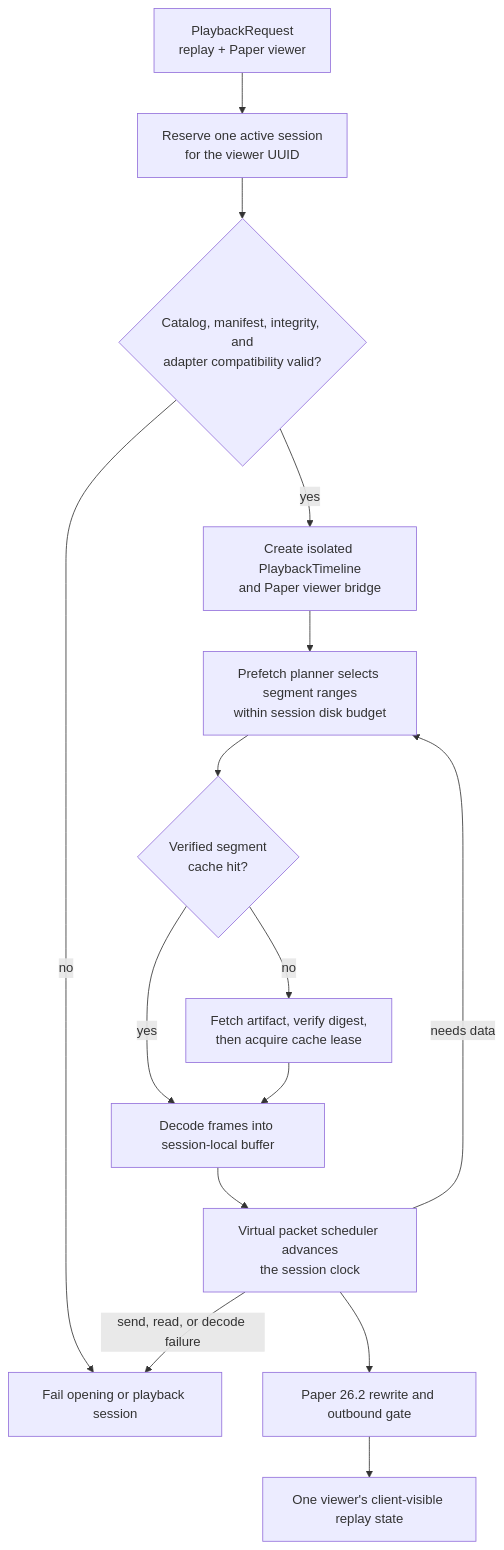
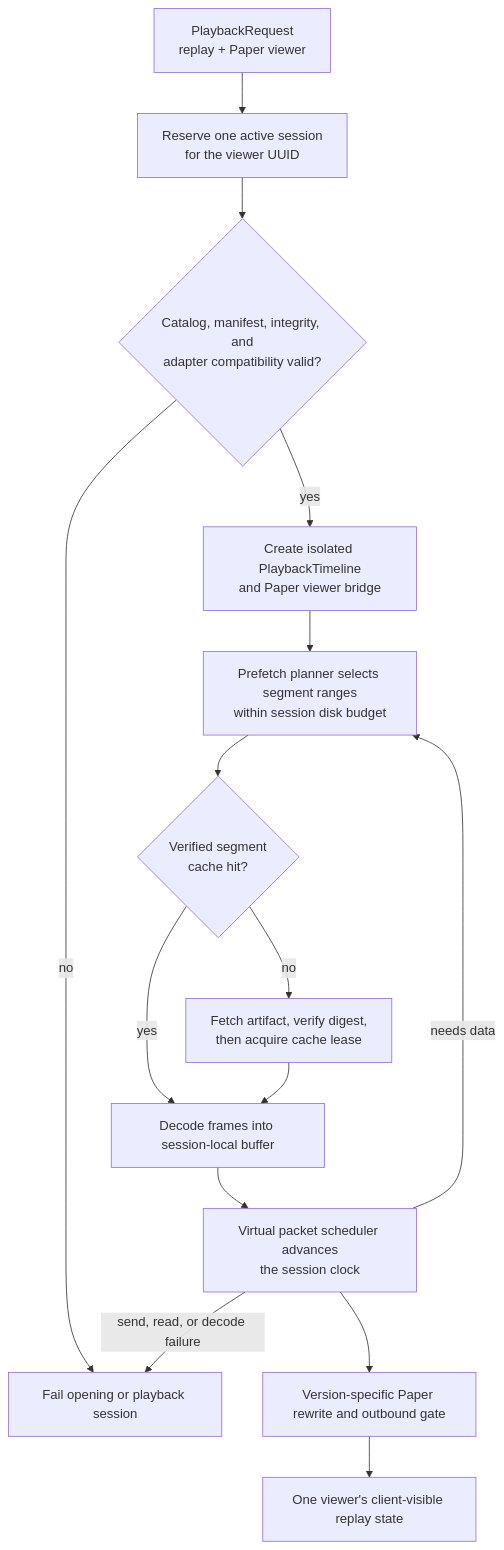
One commit to schmolldechse/replay-framework changed the third of 3 diagrams in docs/architecture.md. Above: the diagram before and after it, drawn with Mermaid. The commit also changed other lines of this file and 85 other files, not shown here.

````diff
--- a/docs/architecture.md
+++ b/docs/architecture.md
@@ -89,20 +92,20 @@
 ```mermaid
 flowchart TD
     request["PlaybackRequest<br/>replay + Paper viewer"] --> reserve["Reserve one active session<br/>for the viewer UUID"]
     reserve --> validate{"Catalog, manifest, integrity, and<br/>adapter compatibility valid?"}
     validate -->|no| failed["Fail opening or playback session"]
     validate -->|yes| timeline["Create isolated PlaybackTimeline<br/>and Paper viewer bridge"]
 
     timeline --> plan["Prefetch planner selects segment ranges<br/>within session disk budget"]
     plan --> cache{"Verified segment<br/>cache hit?"}
     cache -->|yes| decode["Decode frames into session-local buffer"]
     cache -->|no| fetch["Fetch artifact, verify digest,<br/>then acquire cache lease"]
     fetch --> decode
 
     decode --> scheduler["Virtual packet scheduler advances<br/>the session clock"]
-    scheduler --> bridge["Paper 26.2 rewrite and outbound gate"]
+    scheduler --> bridge["Version-specific Paper rewrite and outbound gate"]
     bridge --> viewer["One viewer's client-visible replay state"]
 
     scheduler -->|needs data| plan
     scheduler -->|send, read, or decode failure| failed
 ```
````
